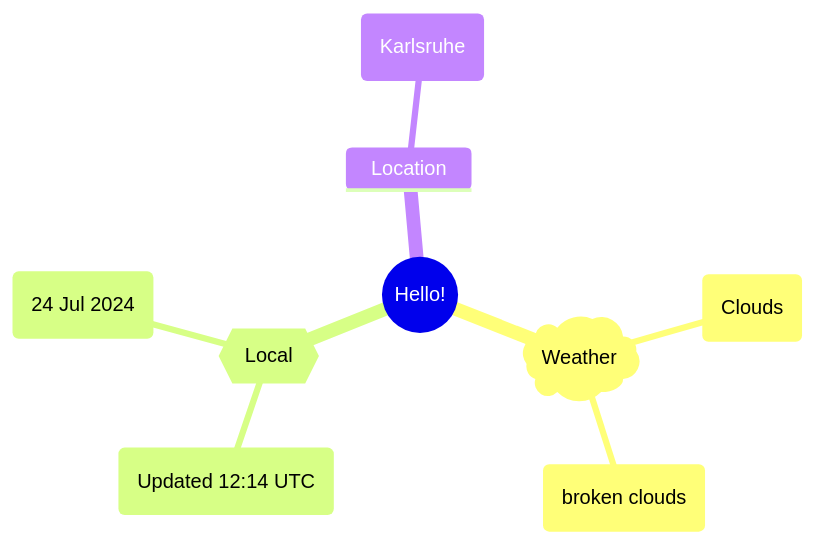
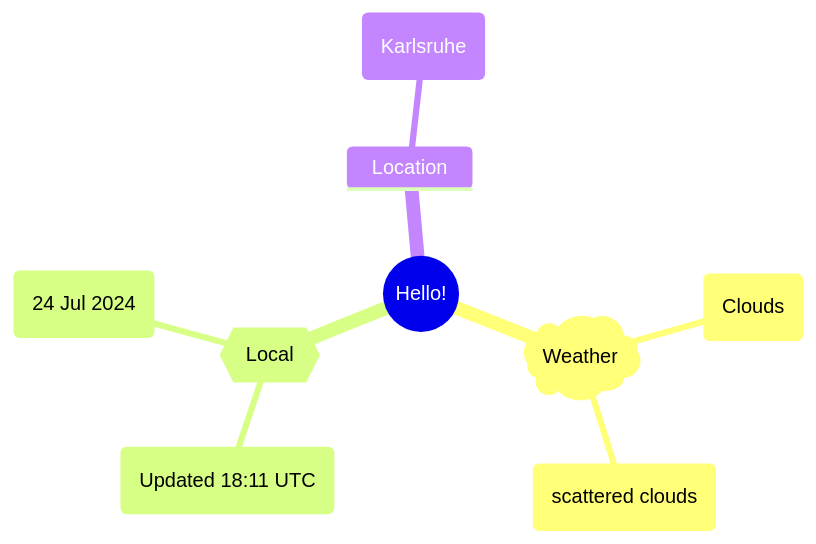
One commit to Xosrov/Xosrov changed the first of 2 diagrams in README.md. Above: the diagram before and after it, drawn with Mermaid.

Commit message:
[bot] updated images

````diff
--- a/README.md
+++ b/README.md
@@ -3,12 +3,12 @@
 ```mermaid
 mindmap
   root((Hello!))
     )Weather(
         (Clouds)
-        (broken clouds)
+        (scattered clouds)
     {{Local}}
-        (Updated 12:14 UTC)
+        (Updated 18:11 UTC)
         (24 Jul 2024)
     Location
         (Karlsruhe)
 ```
````
